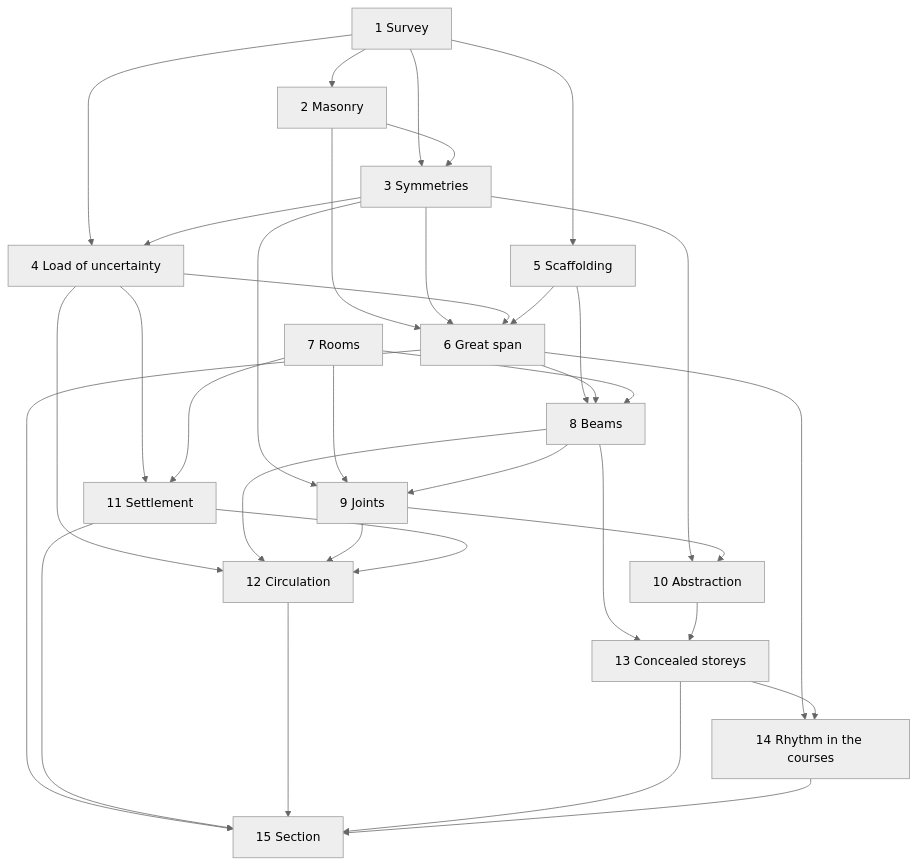
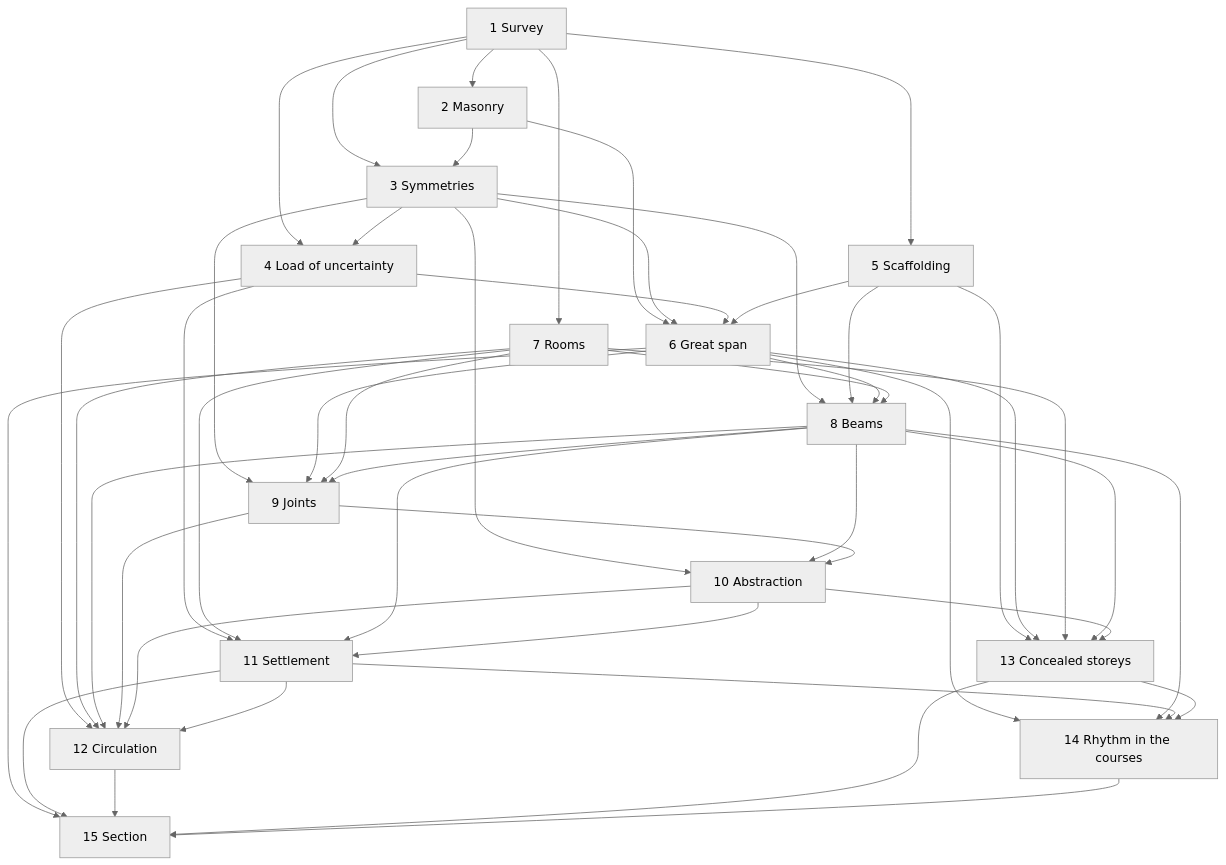
The diagram in docs/plan/SERIES-CONTENT-PLAN.md (OussamaSegh/Order-and-Chance), drawn with Mermaid (neutral theme) before and after one commit. The commit also changed other lines of this file and 9 other files, not shown here.

````diff
--- a/docs/plan/SERIES-CONTENT-PLAN.md
+++ b/docs/plan/SERIES-CONTENT-PLAN.md
@@ -206,51 +208,64 @@
 ```mermaid
 flowchart TD
   B1["1 Survey"]
   B2["2 Masonry"]
   B3["3 Symmetries"]
   B4["4 Load of uncertainty"]
   B5["5 Scaffolding"]
   B6["6 Great span"]
   B7["7 Rooms"]
   B8["8 Beams"]
   B9["9 Joints"]
   B10["10 Abstraction"]
   B11["11 Settlement"]
   B12["12 Circulation"]
   B13["13 Concealed storeys"]
   B14["14 Rhythm in the courses"]
   B15["15 Section"]
   B1 --> B2
   B1 --> B3
   B1 --> B4
   B1 --> B5
+  B1 --> B7
   B2 --> B3
   B2 --> B6
   B3 --> B4
   B3 --> B6
+  B3 --> B8
   B3 --> B9
   B3 --> B10
   B4 --> B6
   B4 --> B11
   B4 --> B12
   B5 --> B6
   B5 --> B8
+  B5 --> B13
   B6 --> B8
+  B6 --> B9
+  B6 --> B13
   B6 --> B14
   B6 --> B15
   B7 --> B8
   B7 --> B9
   B7 --> B11
+  B7 --> B12
+  B7 --> B13
   B8 --> B9
+  B8 --> B10
+  B8 --> B11
   B8 --> B12
   B8 --> B13
+  B8 --> B14
   B9 --> B10
   B9 --> B12
+  B10 --> B11
+  B10 --> B12
   B10 --> B13
   B11 --> B12
+  B11 --> B14
   B11 --> B15
   B12 --> B15
   B13 --> B14
   B13 --> B15
   B14 --> B15
 ```
````
